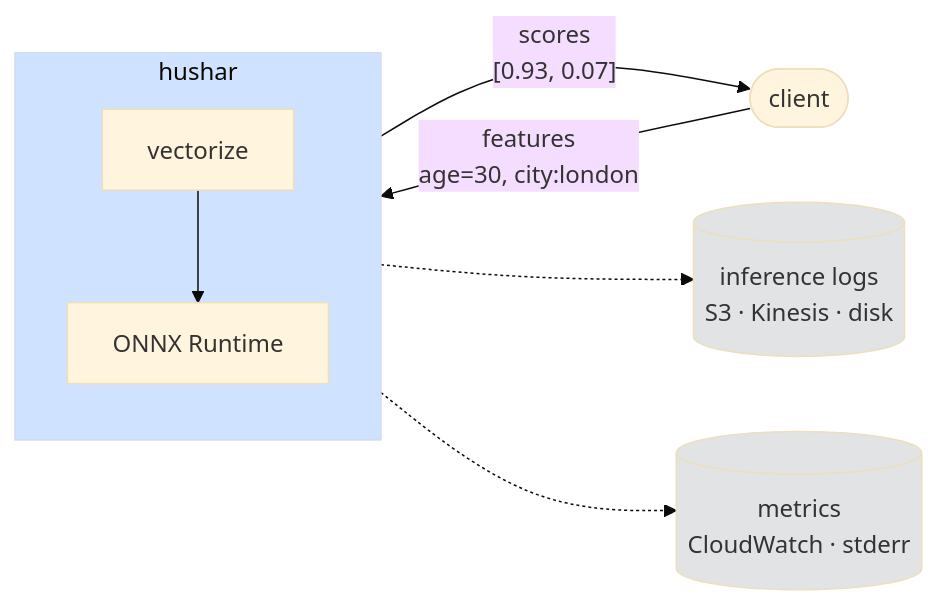
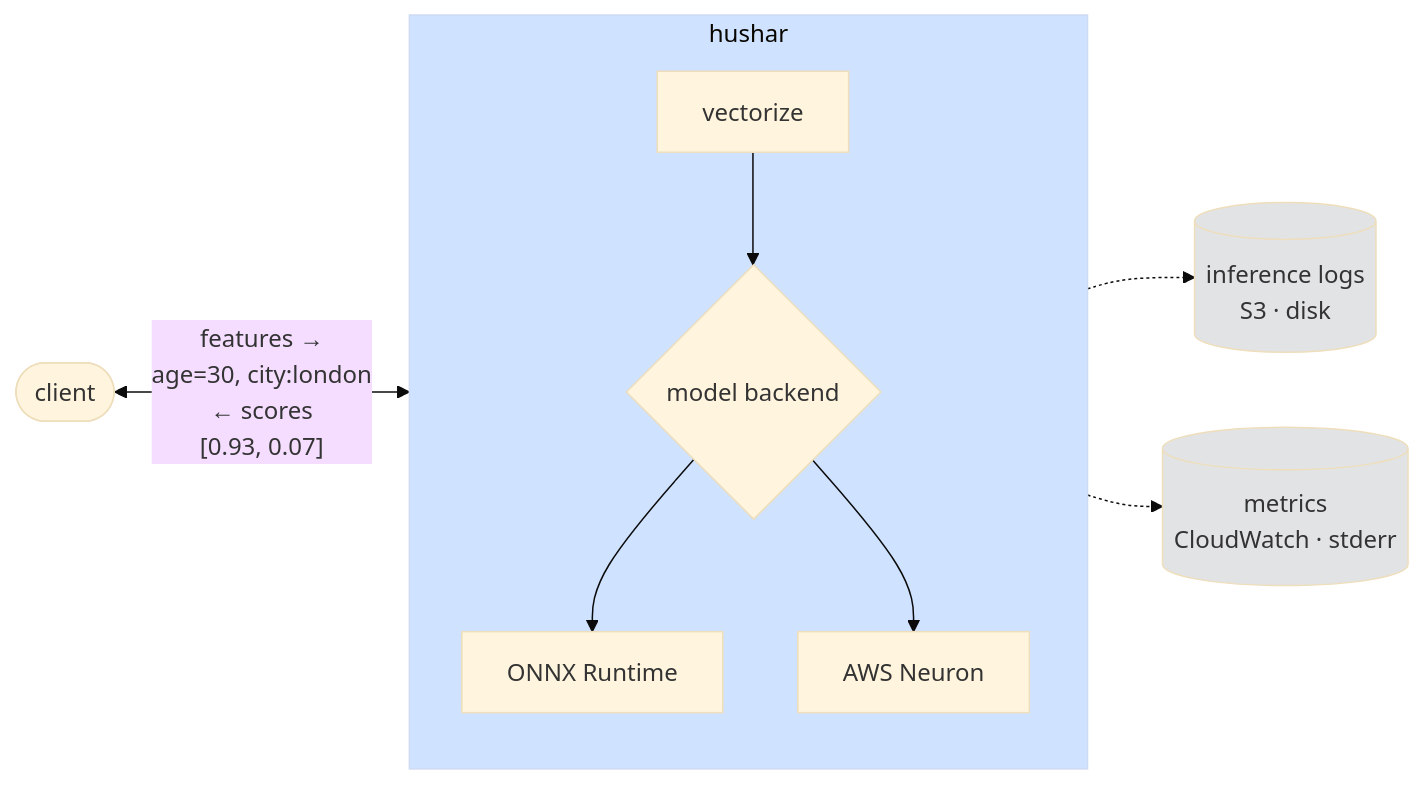
Before and after one commit to PratikBarhate/hushar: the first of 2 diagrams in README.md, drawn with Mermaid (base theme). The commit also changed other lines of this file and 3548 other files, not shown here.

````diff
--- a/README.md
+++ b/README.md
@@ -12,14 +15,15 @@
 ```mermaid
 flowchart LR
-  client(["client"]) -->|"features<br/>age=30, city:london"| h
-  h -->|"scores<br/>[0.93, 0.07]"| client
+  client(["client"]) <-->|"features →<br/>age=30, city:london<br/>← scores<br/>[0.93, 0.07]"| h
   subgraph h["hushar"]
     direction TB
-    v["vectorize"] --> e["ONNX Runtime"]
+    v["vectorize"] --> e{"model backend"}
+    e --> o["ONNX Runtime"]
+    e --> n["AWS Neuron"]
   end
-  h -.-> logs[("inference logs<br/>S3 · Kinesis · disk")]
+  h -.-> logs[("inference logs<br/>S3 · disk")]
   h -.-> met[("metrics<br/>CloudWatch · stderr")]
   style h fill:#cfe2ff
   style logs fill:#e2e3e5
   style met fill:#e2e3e5
 ```
````
